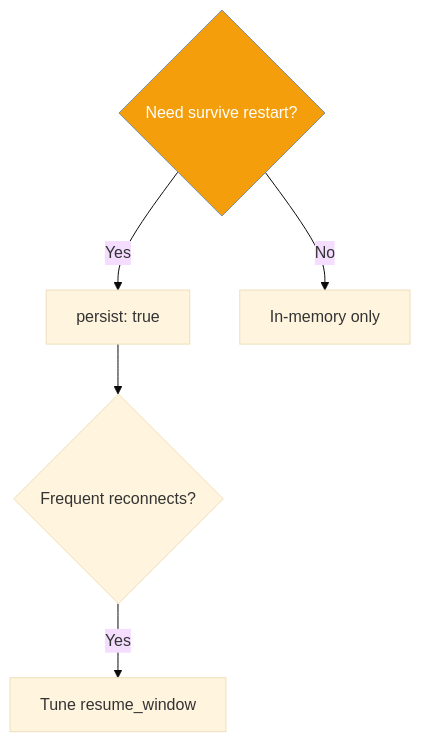
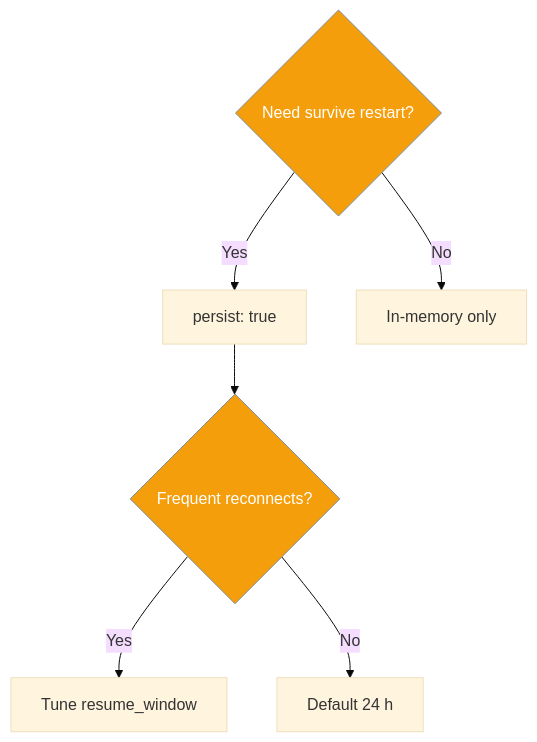
Before and after one commit to MervinPraison/PraisonAIDocs: the third of 3 diagrams in docs/features/gateway-session-persistence.mdx, drawn with Mermaid (base theme). The commit also changed other lines of this file, not shown here.

````diff
--- a/docs/features/gateway-session-persistence.mdx
+++ b/docs/features/gateway-session-persistence.mdx
@@ -168,11 +176,12 @@
 ```mermaid
 graph TB
     Q{Need survive restart?}
     Q -->|Yes| P[persist: true]
     Q -->|No| D[In-memory only]
     P --> R{Frequent reconnects?}
     R -->|Yes| W[Tune resume_window]
+    R -->|No| K[Default 24 h]
 
     classDef q fill:#F59E0B,stroke:#7C90A0,color:#fff
-    class Q q
+    class Q,R q
 ```
````
